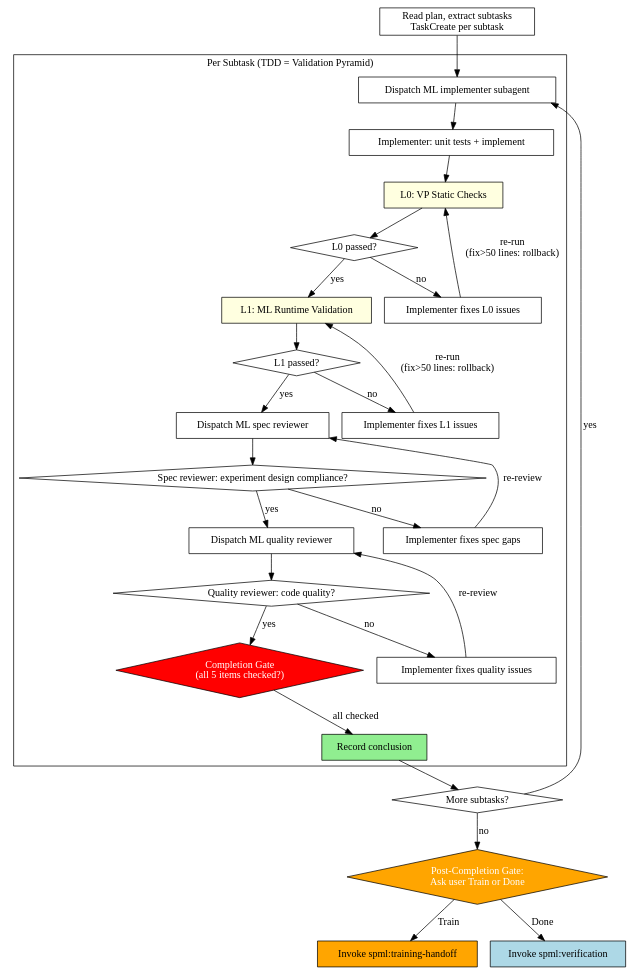
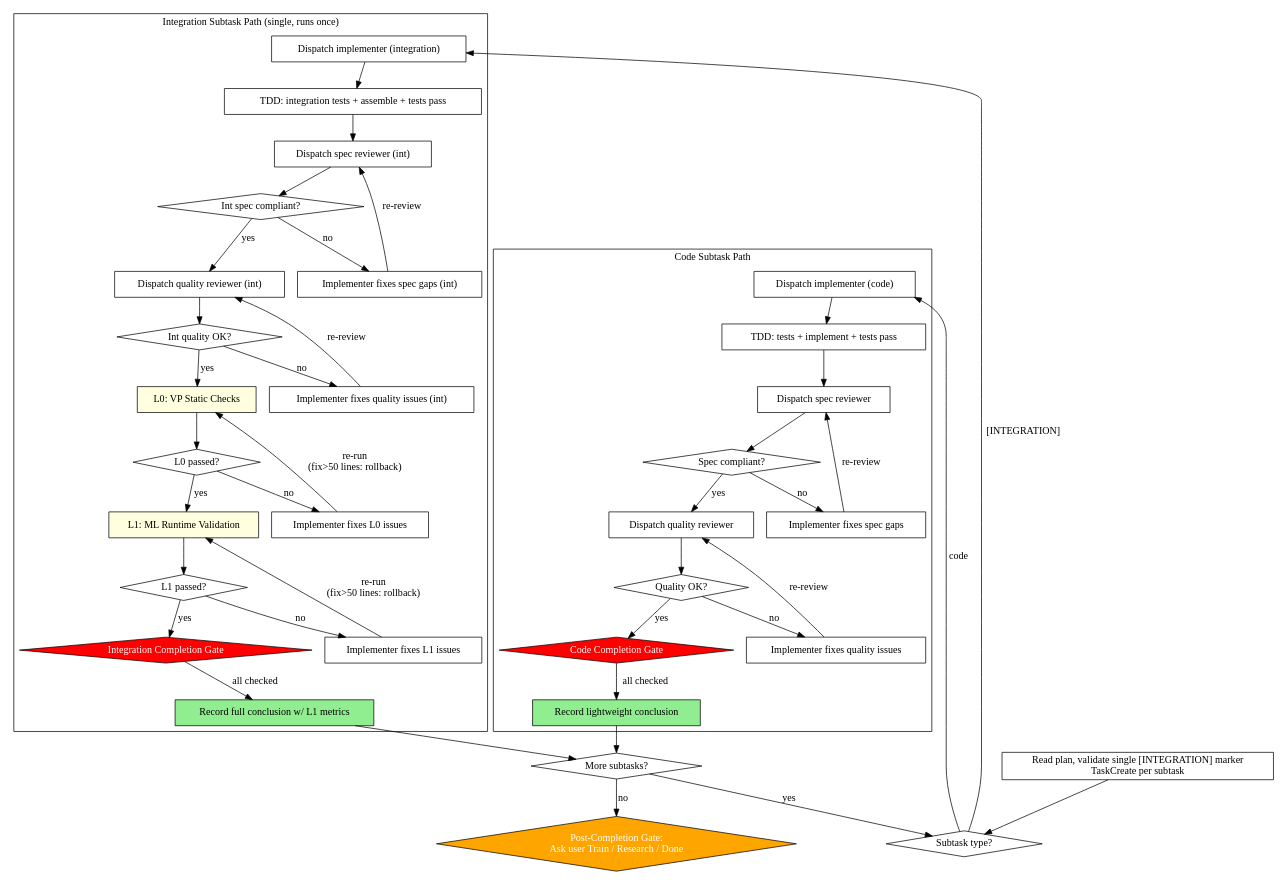
The diagram in skills/ml-subagent-dev/SKILL.md (qqhard/superpowers-ML), drawn with Graphviz before and after one commit. The commit also changed other lines of this file and 8 other files, not shown here.

First line of the commit message:
refactor(vp): fire L0+L1 once on [INTEGRATION] subtask, not per code subtask

````diff
--- a/skills/ml-subagent-dev/SKILL.md
+++ b/skills/ml-subagent-dev/SKILL.md
@@ -97,56 +113,85 @@
 digraph process {
     rankdir=TB;
 
-    subgraph cluster_per_subtask {
-        label="Per Subtask (TDD = Validation Pyramid)";
-        "Dispatch ML implementer subagent" [shape=box];
-        "Implementer: unit tests + implement" [shape=box];
+    "Read plan, validate single [INTEGRATION] marker\nTaskCreate per subtask" [shape=box];
+    "Subtask type?" [shape=diamond];
+
+    subgraph cluster_code {
+        label="Code Subtask Path";
+        "Dispatch implementer (code)" [shape=box];
+        "TDD: tests + implement + tests pass" [shape=box];
+        "Dispatch spec reviewer" [shape=box];
+        "Spec compliant?" [shape=diamond];
+        "Implementer fixes spec gaps" [shape=box];
+        "Dispatch quality reviewer" [shape=box];
+        "Quality OK?" [shape=diamond];
+        "Implementer fixes quality issues" [shape=box];
+        "Code Completion Gate" [shape=diamond style=filled fillcolor=red fontcolor=white];
+        "Record lightweight conclusion" [shape=box style=filled fillcolor=lightgreen];
+    }
+
+    subgraph cluster_integration {
+        label="Integration Subtask Path (single, runs once)";
+        "Dispatch implementer (integration)" [shape=box];
+        "TDD: integration tests + assemble + tests pass" [shape=box];
+        "Dispatch spec reviewer (int)" [shape=box];
+        "Int spec compliant?" [shape=diamond];
+        "Implementer fixes spec gaps (int)" [shape=box];
+        "Dispatch quality reviewer (int)" [shape=box];
+        "Int quality OK?" [shape=diamond];
+        "Implementer fixes quality issues (int)" [shape=box];
         "L0: VP Static Checks" [shape=box style=filled fillcolor=lightyellow];
         "L0 passed?" [shape=diamond];
         "Implementer fixes L0 issues" [shape=box];
         "L1: ML Runtime Validation" [shape=box style=filled fillcolor=lightyellow];
         "L1 passed?" [shape=diamond];
         "Implementer fixes L1 issues" [shape=box];
-        "Dispatch ML spec reviewer" [shape=box];
-        "Spec reviewer: experiment design compliance?" [shape=diamond];
-        "Implementer fixes spec gaps" [shape=box];
-        "Dispatch ML quality reviewer" [shape=box];
-        "Quality reviewer: code quality?" [shape=diamond];
-        "Implementer fixes quality issues" [shape=box];
-        "Completion Gate\n(all 5 items checked?)" [shape=diamond style=filled fillcolor=red fontcolor=white];
-        "Record conclusion" [shape=box style=filled fillcolor=lightgreen];
+        "Integration Completion Gate" [shape=diamond style=filled fillcolor=red fontcolor=white];
+        "Record full conclusion w/ L1 metrics" [shape=box style=filled fillcolor=lightgreen];
     }
 
-    "Read plan, extract subtasks\nTaskCreate per subtask" [shape=box];
     "More subtasks?" [shape=diamond];
-    "Post-Completion Gate:\nAsk user Train or Done" [shape=diamond style=filled fillcolor=orange fontcolor=white];
-    "Invoke spml:training-handoff" [shape=box style=filled fillcolor=orange];
-    "Invoke spml:verification" [shape=box style=filled fillcolor=lightblue];
+    "Post-Completion Gate:\nAsk user Train / Research / Done" [shape=diamond style=filled fillcolor=orange fontcolor=white];
 
-    "Read plan, extract subtasks\nTaskCreate per subtask" -> "Dispatch ML implementer subagent";
-    "Dispatch ML implementer subagent" -> "Implementer: unit tests + implement";
-    "Implementer: unit tests + implement" -> "L0: VP Static Checks";
+    "Read plan, validate single [INTEGRATION] marker\nTaskCreate per subtask" -> "Subtask type?";
+
+    "Subtask type?" -> "Dispatch implementer (code)" [label="code"];
+    "Dispatch implementer (code)" -> "TDD: tests + implement + tests pass";
+    "TDD: tests + implement + tests pass" -> "Dispatch spec reviewer";
+    "Dispatch spec reviewer" -> "Spec compliant?";
+    "Spec compliant?" -> "Implementer fixes spec gaps" [label="no"];
+    "Implementer fixes spec gaps" -> "Dispatch spec reviewer" [label="re-review"];
+    "Spec compliant?" -> "Dispatch quality reviewer" [label="yes"];
+    "Dispatch quality reviewer" -> "Quality OK?";
+    "Quality OK?" -> "Implementer fixes quality issues" [label="no"];
+    "Implementer fixes quality issues" -> "Dispatch quality reviewer" [label="re-review"];
+    "Quality OK?" -> "Code Completion Gate" [label="yes"];
+    "Code Completion Gate" -> "Record lightweight conclusion" [label="all checked"];
+    "Record lightweight conclusion" -> "More subtasks?";
+
+    "Subtask type?" -> "Dispatch implementer (integration)" [label="[INTEGRATION]"];
+    "Dispatch implementer (integration)" -> "TDD: integration tests + assemble + tests pass";
+    "TDD: integration tests + assemble + tests pass" -> "Dispatch spec reviewer (int)";
+    "Dispatch spec reviewer (int)" -> "Int spec compliant?";
+    "Int spec compliant?" -> "Implementer fixes spec gaps (int)" [label="no"];
+    "Implementer fixes spec gaps (int)" -> "Dispatch spec reviewer (int)" [label="re-review"];
+    "Int spec compliant?" -> "Dispatch quality reviewer (int)" [label="yes"];
+    "Dispatch quality reviewer (int)" -> "Int quality OK?";
+    "Int quality OK?" -> "Implementer fixes quality issues (int)" [label="no"];
+    "Implementer fixes quality issues (int)" -> "Dispatch quality reviewer (int)" [label="re-review"];
+    "Int quality OK?" -> "L0: VP Static Checks" [label="yes"];
     "L0: VP Static Checks" -> "L0 passed?";
-    "L0 passed?" -> "L1: ML Runtime Validation" [label="yes"];
     "L0 passed?" -> "Implementer fixes L0 issues" [label="no"];
     "Implementer fixes L0 issues" -> "L0: VP Static Checks" [label="re-run\n(fix>50 lines: rollback)"];
+    "L0 passed?" -> "L1: ML Runtime Validation" [label="yes"];
     "L1: ML Runtime Validation" -> "L1 passed?";
-    "L1 passed?" -> "Dispatch ML spec reviewer" [label="yes"];
     "L1 passed?" -> "Implementer fixes L1 issues" [label="no"];
     "Implementer fixes L1 issues" -> "L1: ML Runtime Validation" [label="re-run\n(fix>50 lines: rollback)"];
-    "Dispatch ML spec reviewer" -> "Spec reviewer: experiment design compliance?";
-    "Spec reviewer: experiment design compliance?" -> "Implementer fixes spec gaps" [label="no"];
-    "Implementer fixes spec gaps" -> "Dispatch ML spec reviewer" [label="re-review"];
-    "Spec reviewer: experiment design compliance?" -> "Dispatch ML quality reviewer" [label="yes"];
-    "Dispatch ML quality reviewer" -> "Quality reviewer: code quality?";
-    "Quality reviewer: code quality?" -> "Implementer fixes quality issues" [label="no"];
-    "Implementer fixes quality issues" -> "Dispatch ML quality reviewer" [label="re-review"];
-    "Quality reviewer: code quality?" -> "Completion Gate\n(all 5 items checked?)" [label="yes"];
-    "Completion Gate\n(all 5 items checked?)" -> "Record conclusion" [label="all checked"];
-    "Record conclusion" -> "More subtasks?";
-    "More subtasks?" -> "Dispatch ML implementer subagent" [label="yes"];
-    "More subtasks?" -> "Post-Completion Gate:\nAsk user Train or Done" [label="no"];
-    "Post-Completion Gate:\nAsk user Train or Done" -> "Invoke spml:training-handoff" [label="Train"];
-    "Post-Completion Gate:\nAsk user Train or Done" -> "Invoke spml:verification" [label="Done"];
+    "L1 passed?" -> "Integration Completion Gate" [label="yes"];
+    "Integration Completion Gate" -> "Record full conclusion w/ L1 metrics" [label="all checked"];
+    "Record full conclusion w/ L1 metrics" -> "More subtasks?";
+
+    "More subtasks?" -> "Subtask type?" [label="yes"];
+    "More subtasks?" -> "Post-Completion Gate:\nAsk user Train / Research / Done" [label="no"];
 }
 ```
````
